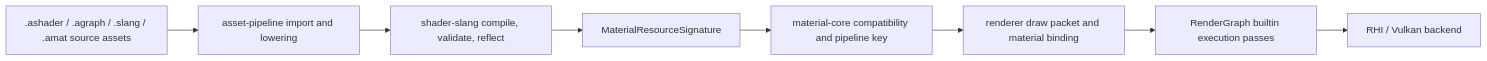
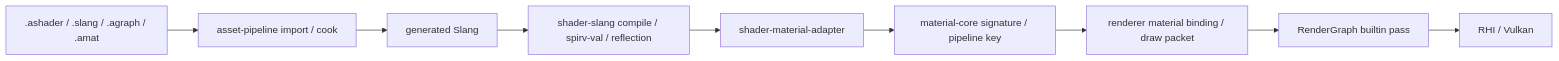
One commit to 66six11/Engine changed the diagram in docs/systems/shader-material-authoring.md. Above: the diagram before and after it, drawn with Mermaid. The commit also changed other lines of this file and 5 other files, not shown here.

Commit message:
docs: split shader material authoring v2 docs

````diff
--- a/docs/systems/shader-material-authoring.md
+++ b/docs/systems/shader-material-authoring.md
@@ -77,19 +159,21 @@
 ```mermaid
 flowchart LR
-    Source[".ashader / .agraph / .slang / .amat source assets"]
-    Import["asset-pipeline import and lowering"]
-    Slang["shader-slang compile, validate, reflect"]
-    Signature["MaterialResourceSignature"]
-    Material["material-core compatibility and pipeline key"]
-    Renderer["renderer draw packet and material binding"]
-    RG["RenderGraph builtin execution passes"]
-    RHI["RHI / Vulkan backend"]
+    Source[".ashader / .slang / .agraph / .amat"]
+    Import["asset-pipeline import / cook"]
+    Generated["generated Slang"]
+    Slang["shader-slang compile / spirv-val / reflection"]
+    Adapter["shader-material-adapter"]
+    Material["material-core signature / pipeline key"]
+    Renderer["renderer material binding / draw packet"]
+    RG["RenderGraph builtin pass"]
+    RHI["RHI / Vulkan"]
 
     Source --> Import
-    Import --> Slang
-    Slang --> Signature
-    Signature --> Material
+    Import --> Generated
+    Generated --> Slang
+    Slang --> Adapter
+    Adapter --> Material
     Material --> Renderer
     Renderer --> RG
     RG --> RHI
 ```
````
